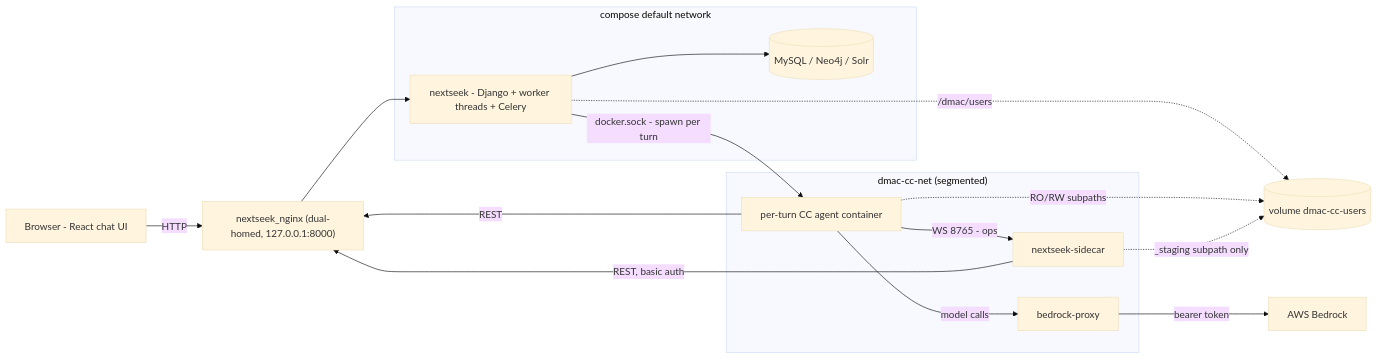
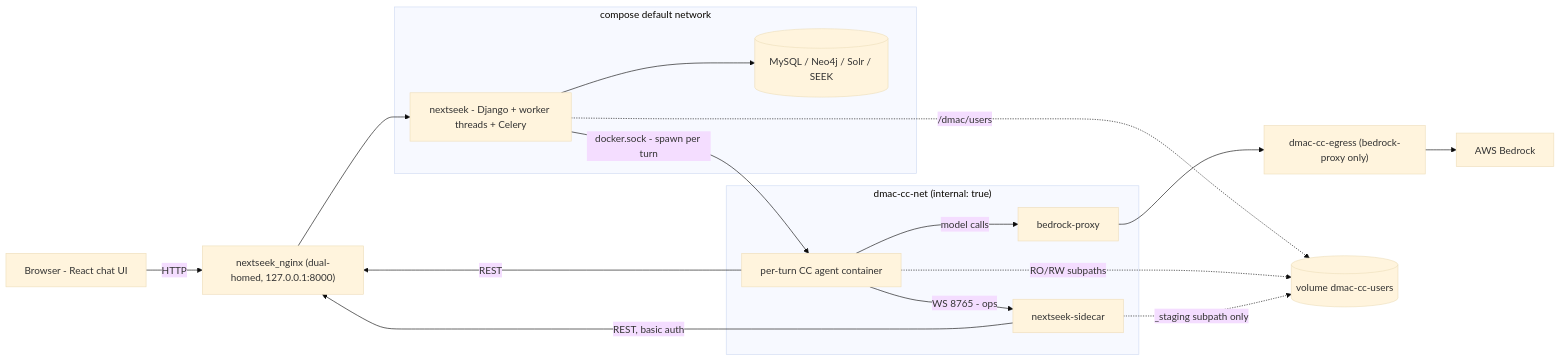
Before and after one commit to BioMicroCenter/NExtSEEK: the first of 4 diagrams in architecture.md, drawn with Mermaid (base theme). The commit also changed other lines of this file and 2 other files, not shown here.

First line of the commit message:
docs: refresh architecture.md and UI.md against current source

````diff
--- a/architecture.md
+++ b/architecture.md
@@ -23,28 +23,29 @@
 ```mermaid
 flowchart LR
     B["Browser - React chat UI"]
     NG["nextseek_nginx (dual-homed, 127.0.0.1:8000)"]
     subgraph DEF["compose default network"]
         DJ["nextseek - Django + worker threads + Celery"]
-        DS[("MySQL / Neo4j / Solr")]
+        DS[("MySQL / Neo4j / Solr / SEEK")]
     end
-    subgraph CC["dmac-cc-net (segmented)"]
+    subgraph CC["dmac-cc-net (internal: true)"]
         AG["per-turn CC agent container"]
         SC["nextseek-sidecar"]
         BP["bedrock-proxy"]
     end
+    EG["dmac-cc-egress (bedrock-proxy only)"]
     AWS["AWS Bedrock"]
     VOL[("volume dmac-cc-users")]
     B -->|"HTTP"| NG
     NG --> DJ
     DJ --> DS
     DJ -->|"docker.sock - spawn per turn"| AG
     AG -->|"WS 8765 - ops"| SC
     AG -->|"model calls"| BP
     AG -->|"REST"| NG
     SC -->|"REST, basic auth"| NG
-    BP -->|"bearer token"| AWS
+    BP --> EG --> AWS
     DJ -.->|"/dmac/users"| VOL
     AG -.->|"RO/RW subpaths"| VOL
     SC -.->|"_staging subpath only"| VOL
 ```
````
